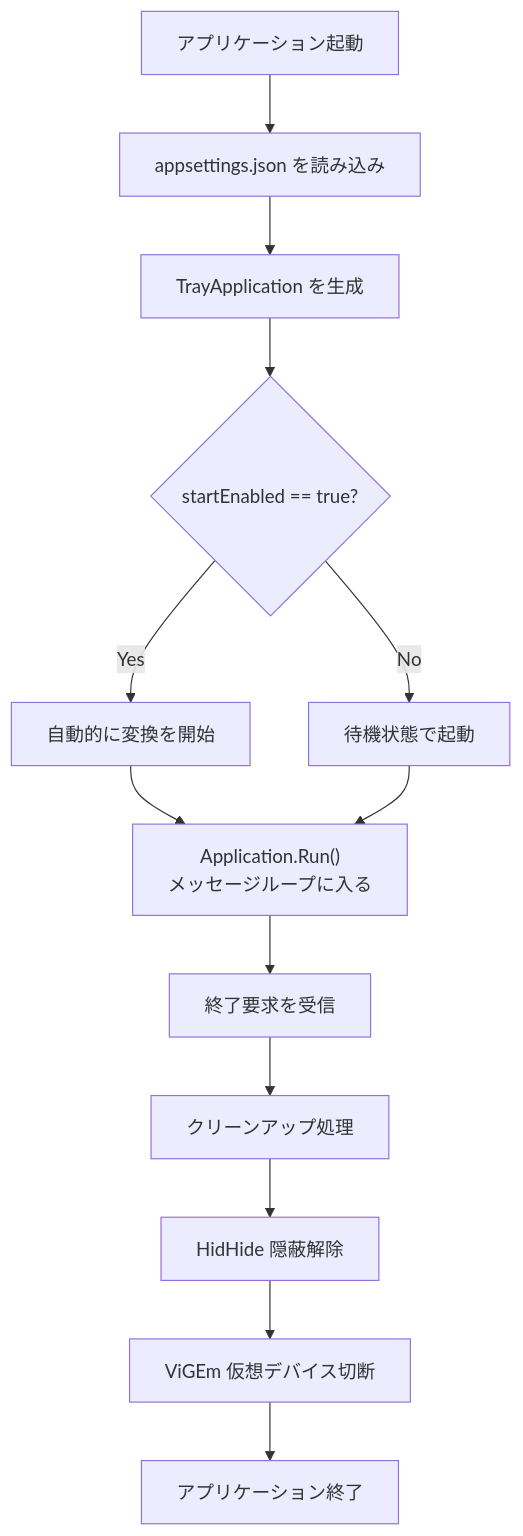
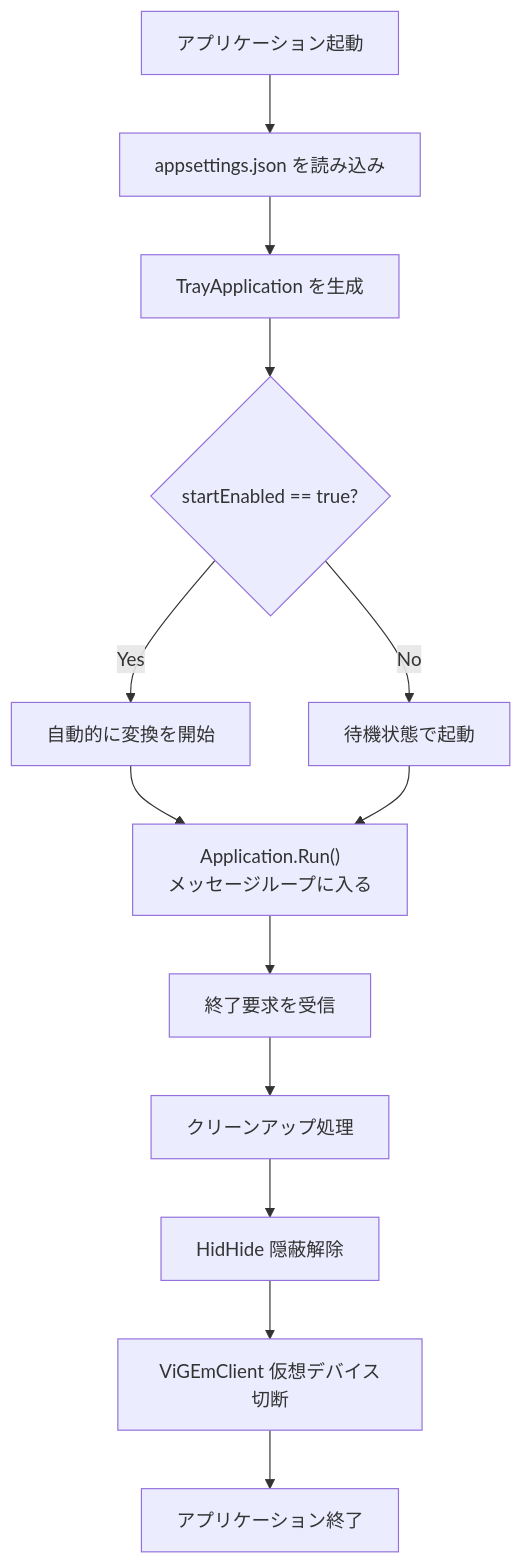
Before and after one commit to jtkjp06/ds4xbox: the second of 4 diagrams in docs/IMPLEMENTATION.md, drawn with Mermaid. The commit also changed other lines of this file and 10 other files, not shown here.

````diff
--- a/docs/IMPLEMENTATION.md
+++ b/docs/IMPLEMENTATION.md
@@ -310,15 +347,15 @@
 ```mermaid
 graph TD
     A["アプリケーション起動"] --> B["appsettings.json を読み込み"]
     B --> C["TrayApplication を生成"]
     C --> D{"startEnabled == true?"}
     D -->|Yes| E["自動的に変換を開始"]
     D -->|No| F["待機状態で起動"]
     E --> G["Application.Run()<br/>メッセージループに入る"]
     F --> G
     G --> H["終了要求を受信"]
     H --> I["クリーンアップ処理"]
     I --> J["HidHide 隠蔽解除"]
-    J --> K["ViGEm 仮想デバイス切断"]
+    J --> K["ViGEmClient 仮想デバイス切断"]
     K --> L["アプリケーション終了"]
 ```
````
